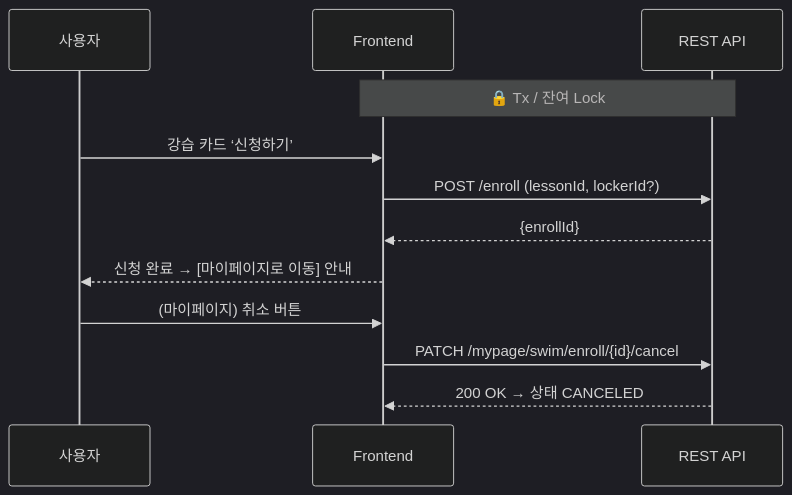
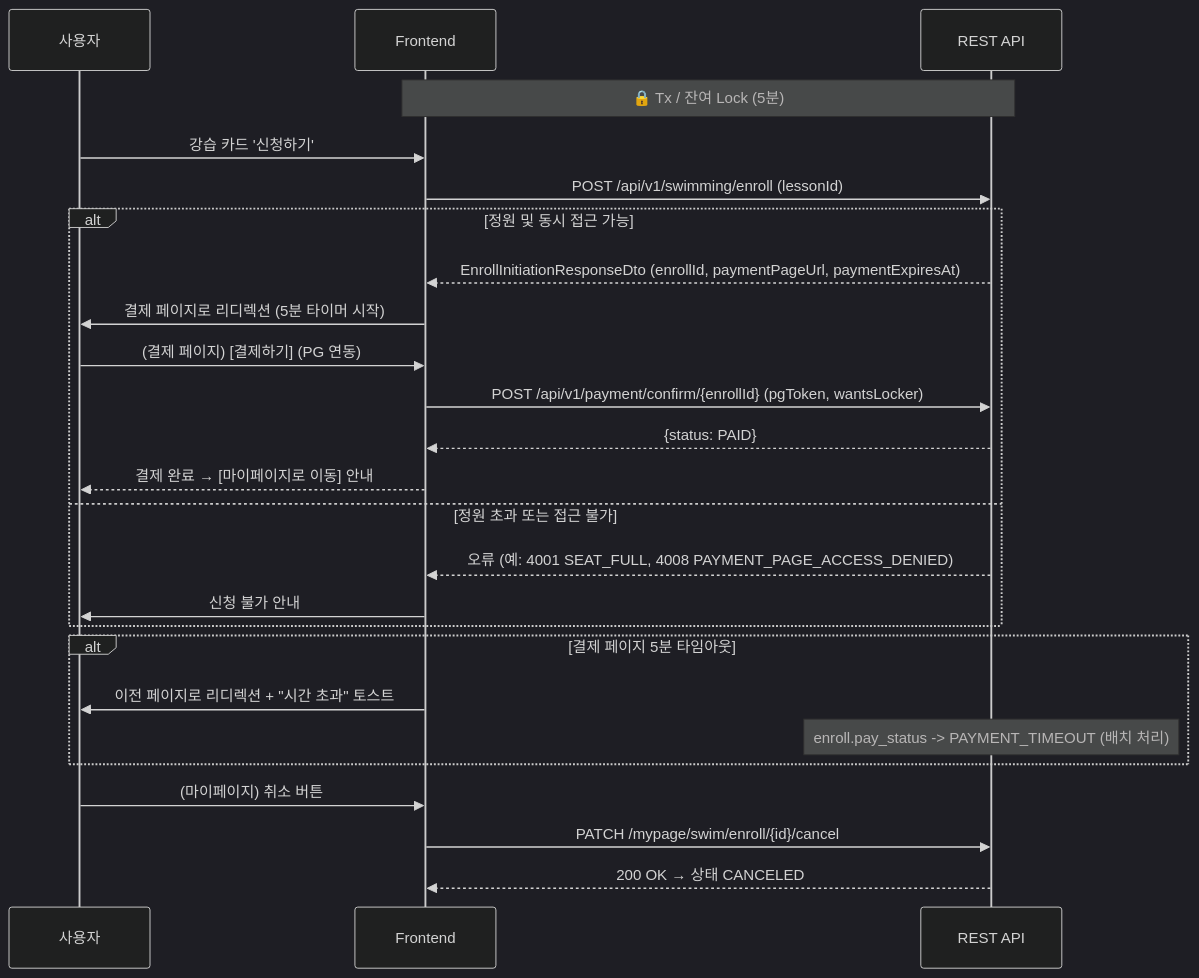
Before and after one commit to Russ481-k/arpina-server: the diagram in Docs/cms/swim-overview.md, drawn with Mermaid (dark theme). The commit also changed other lines of this file and 17 other files, not shown here.

First line of the commit message:
Add detailed payment page integration documentation

````diff
--- a/Docs/cms/swim-overview.md
+++ b/Docs/cms/swim-overview.md
@@ -23,16 +33,28 @@
   ```mermaid
   sequenceDiagram
       participant U as 사용자
       participant FE as Frontend
       participant API as REST API
-      Note over FE,API: 🔒 Tx / 잔여 Lock
-      U->>FE: 강습 카드 ‘신청하기’
-      FE->>API: POST /enroll (lessonId, lockerId?)
-      API-->>FE: {enrollId}
-      FE-->>U: 신청 완료 → [마이페이지로 이동] 안내
+      Note over FE,API: 🔒 Tx / 잔여 Lock (5분)
+      U->>FE: 강습 카드 '신청하기'
+      FE->>API: POST /api/v1/swimming/enroll (lessonId)
+      alt 정원 및 동시 접근 가능
+        API-->>FE: EnrollInitiationResponseDto (enrollId, paymentPageUrl, paymentExpiresAt)
+        FE->>U: 결제 페이지로 리디렉션 (5분 타이머 시작)
+        U->>FE: (결제 페이지) [결제하기] (PG 연동)
+        FE->>API: POST /api/v1/payment/confirm/{enrollId} (pgToken, wantsLocker)
+        API-->>FE: {status: PAID}
+        FE-->>U: 결제 완료 → [마이페이지로 이동] 안내
+      else 정원 초과 또는 접근 불가
+        API-->>FE: 오류 (예: 4001 SEAT_FULL, 4008 PAYMENT_PAGE_ACCESS_DENIED)
+        FE->>U: 신청 불가 안내
+      end
+      alt 결제 페이지 5분 타임아웃
+        FE->>U: 이전 페이지로 리디렉션 + "시간 초과" 토스트
+        Note over API: enroll.pay_status -> PAYMENT_TIMEOUT (배치 처리)
+      end
 
       U->>FE: (마이페이지) 취소 버튼
       FE->>API: PATCH /mypage/swim/enroll/{id}/cancel
       API-->>FE: 200 OK → 상태 CANCELED
-
   ```
````
